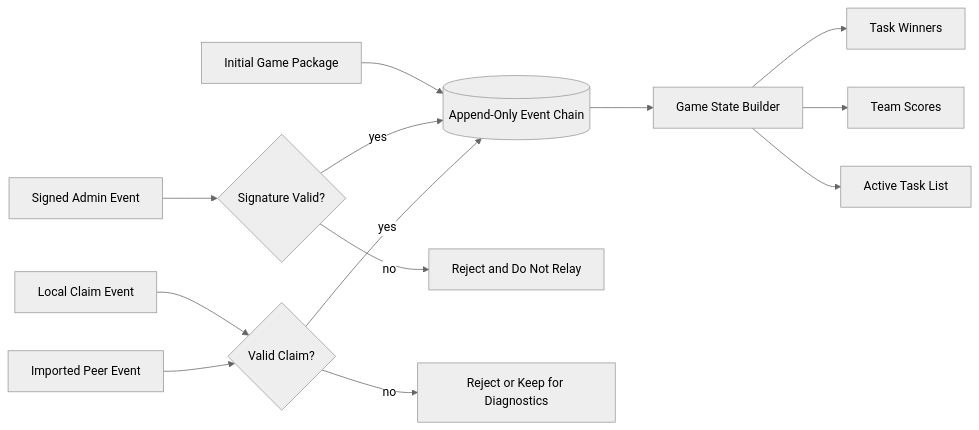
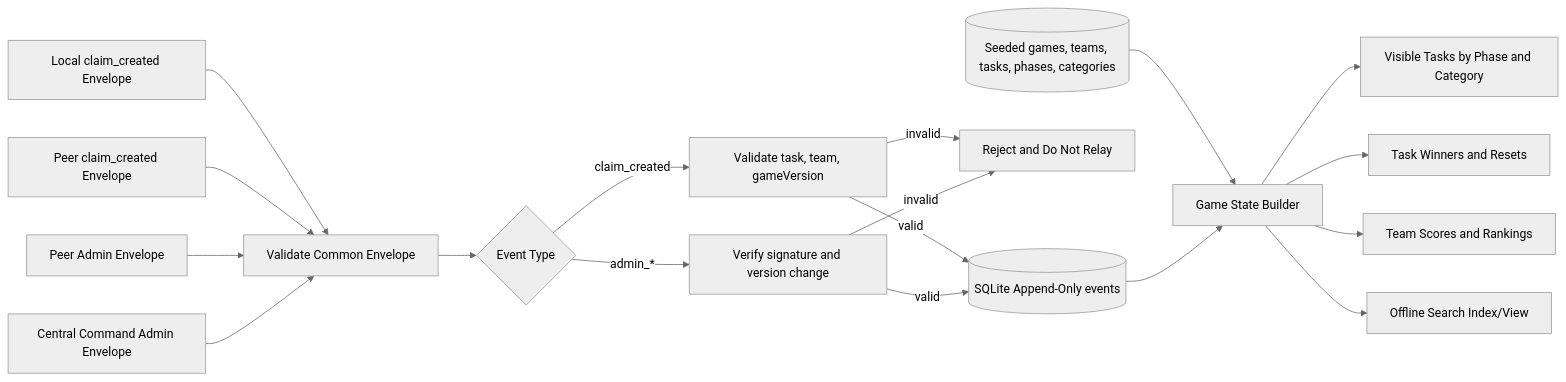
The second of 5 diagrams in docs/design-doc-v1.md (Gabriel-Gerdes/HumanHaunt), drawn with Mermaid (neutral theme) before and after one commit. The commit also changed other lines of this file, not shown here.

Commit message:
update the Mermaid diagram

````diff
--- a/docs/design-doc-v1.md
+++ b/docs/design-doc-v1.md
@@ -471,15 +479,23 @@
 ```mermaid
 flowchart LR
-  seed[Initial Game Package] --> event_log[(Append-Only Event Chain)]
-  local_claim[Local Claim Event] --> validate_claim{Valid Claim?}
-  peer_event[Imported Peer Event] --> validate_claim
-  admin_event[Signed Admin Event] --> verify_admin{Signature Valid?}
-  verify_admin -->|yes| event_log
-  verify_admin -->|no| reject_admin[Reject and Do Not Relay]
-  validate_claim -->|yes| event_log
-  validate_claim -->|no| reject_claim[Reject or Keep for Diagnostics]
-  event_log --> game_state_builder[Game State Builder]
-  game_state_builder --> winners[Task Winners]
-  game_state_builder --> scores[Team Scores]
-  game_state_builder --> active_tasks[Active Task List]
+  local_claim[Local claim_created Envelope] --> validate[Validate Common Envelope]
+  peer_claim[Peer claim_created Envelope] --> validate
+  peer_admin[Peer Admin Envelope] --> validate
+  central_admin[Central Command Admin Envelope] --> validate
+
+  validate --> route{Event Type}
+  route -->|claim_created| claim_rules[Validate task, team, gameVersion]
+  route -->|admin_*| admin_rules[Verify signature and version change]
+
+  claim_rules -->|valid| event_log[(SQLite Append-Only events)]
+  admin_rules -->|valid| event_log
+  claim_rules -->|invalid| reject[Reject and Do Not Relay]
+  admin_rules -->|invalid| reject
+
+  seed[(Seeded games, teams, tasks, phases, categories)] --> builder[Game State Builder]
+  event_log --> builder
+  builder --> tasks[Visible Tasks by Phase and Category]
+  builder --> winners[Task Winners and Resets]
+  builder --> rankings[Team Scores and Rankings]
+  builder --> search[Offline Search Index/View]
 ```
````
